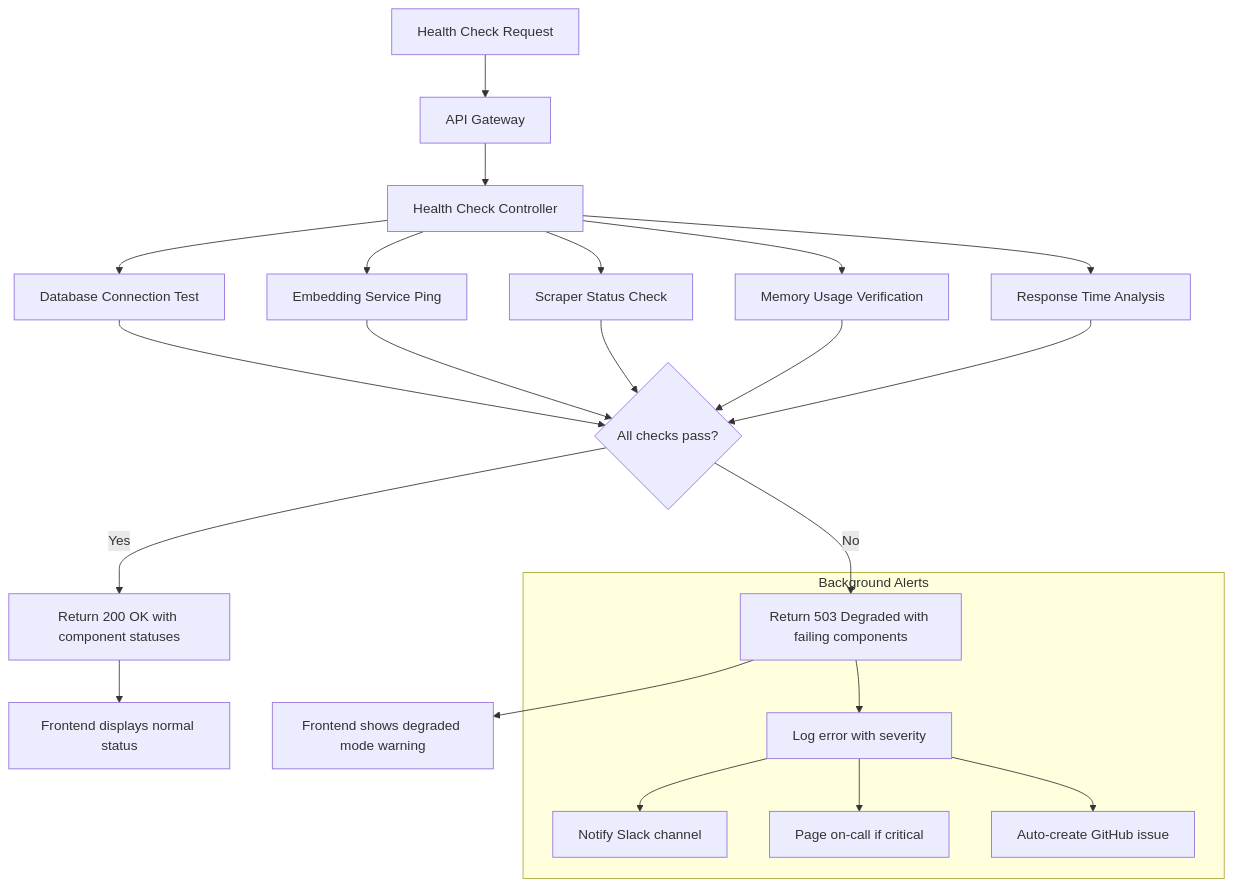
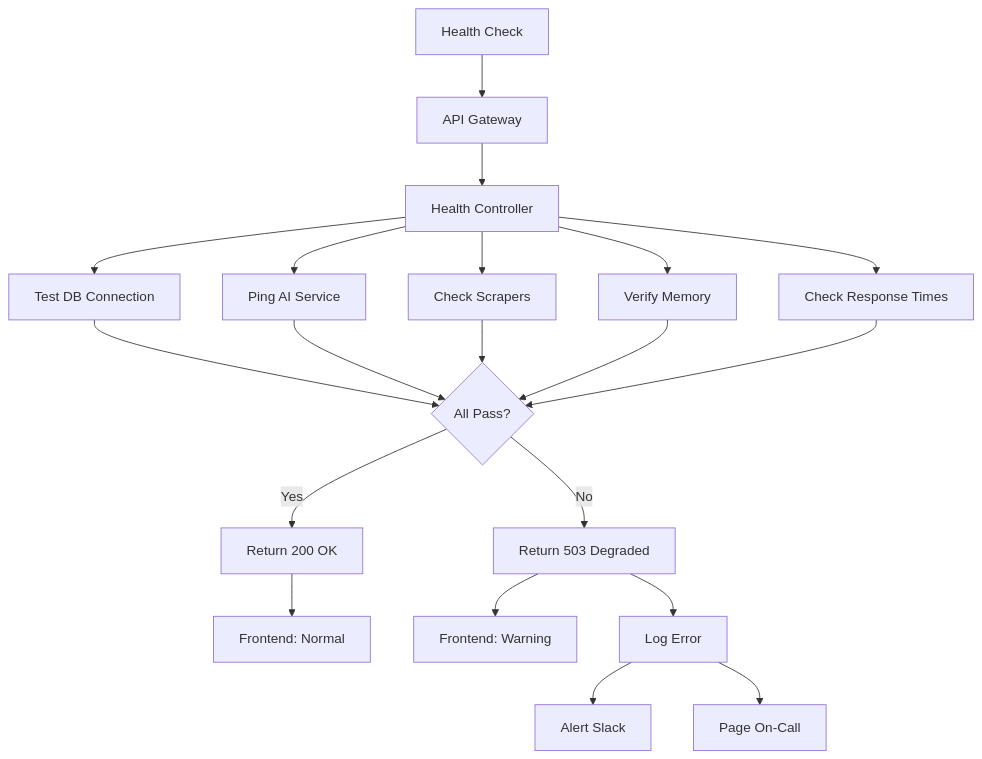
The eighth of 8 diagrams in README.md (satvik-sharma-05/SE), drawn with Mermaid before and after one commit. The commit also changed other lines of this file, not shown here.

````diff
--- a/README.md
+++ b/README.md
@@ -463,30 +457,23 @@
 ```mermaid
 graph TD
-    A[Health Check Request] --> B[API Gateway]
-    B --> C[Health Check Controller]
+    A[Health Check] --> B[API Gateway]
+    B --> C[Health Controller]
     
-    C --> D[Database Connection Test]
-    C --> E[Embedding Service Ping]
-    C --> F[Scraper Status Check]
-    C --> G[Memory Usage Verification]
-    C --> H[Response Time Analysis]
+    C --> D[Test DB Connection]
+    C --> E[Ping AI Service]
+    C --> F[Check Scrapers]
+    C --> G[Verify Memory]
+    C --> H[Check Response Times]
     
-    D --> I{All checks pass?}
-    E --> I
-    F --> I
-    G --> I
-    H --> I
+    D & E & F & G & H --> I{All Pass?}
     
-    I -->|Yes| J[Return 200 OK with component statuses]
-    I -->|No| K[Return 503 Degraded with failing components]
+    I -->|Yes| J[Return 200 OK]
+    I -->|No| K[Return 503 Degraded]
     
-    J --> L[Frontend displays normal status]
-    K --> M[Frontend shows degraded mode warning]
+    J --> L[Frontend: Normal]
+    K --> M[Frontend: Warning]
     
-    subgraph N[Background Alerts]
-        K --> O[Log error with severity]
-        O --> P[Notify Slack channel]
-        O --> Q[Page on-call if critical]
-        O --> R[Auto-create GitHub issue]
-    end
+    K --> N[Log Error]
+    N --> O[Alert Slack]
+    N --> P[Page On-Call]
 ```
````
